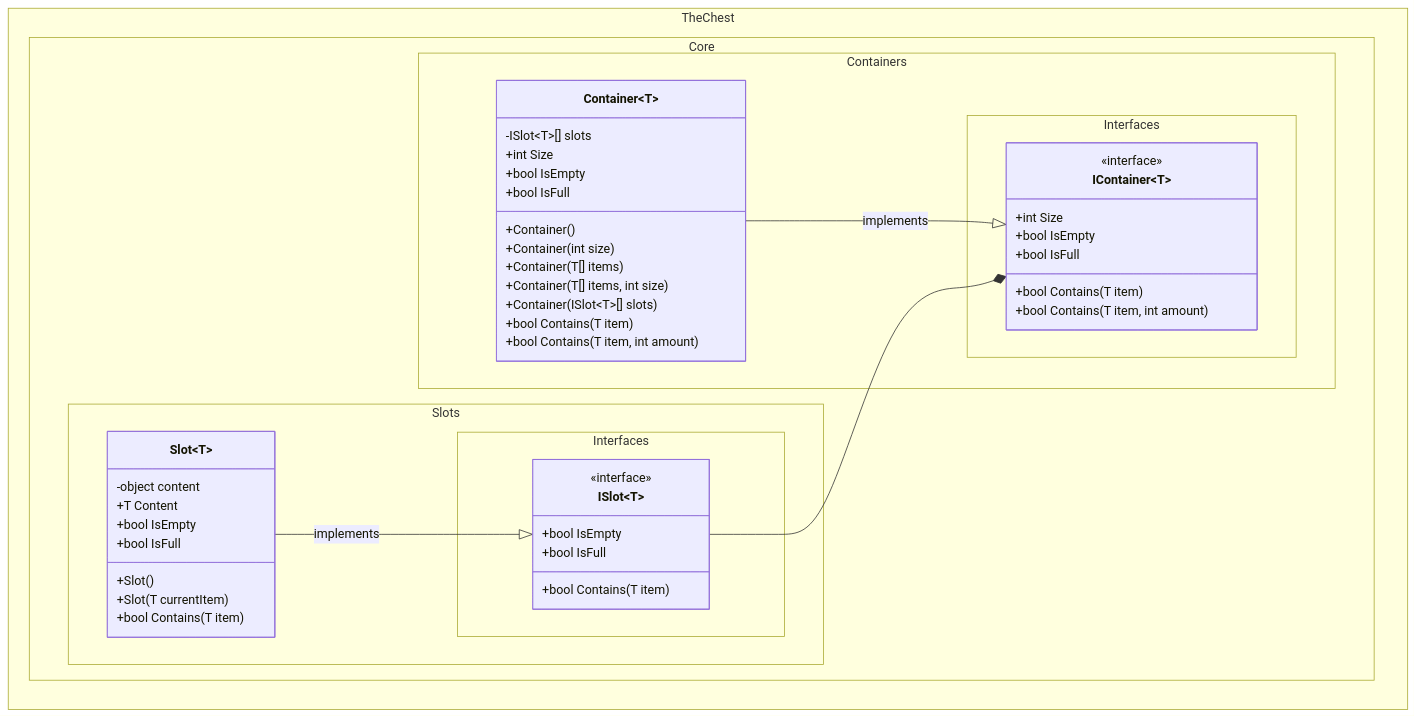
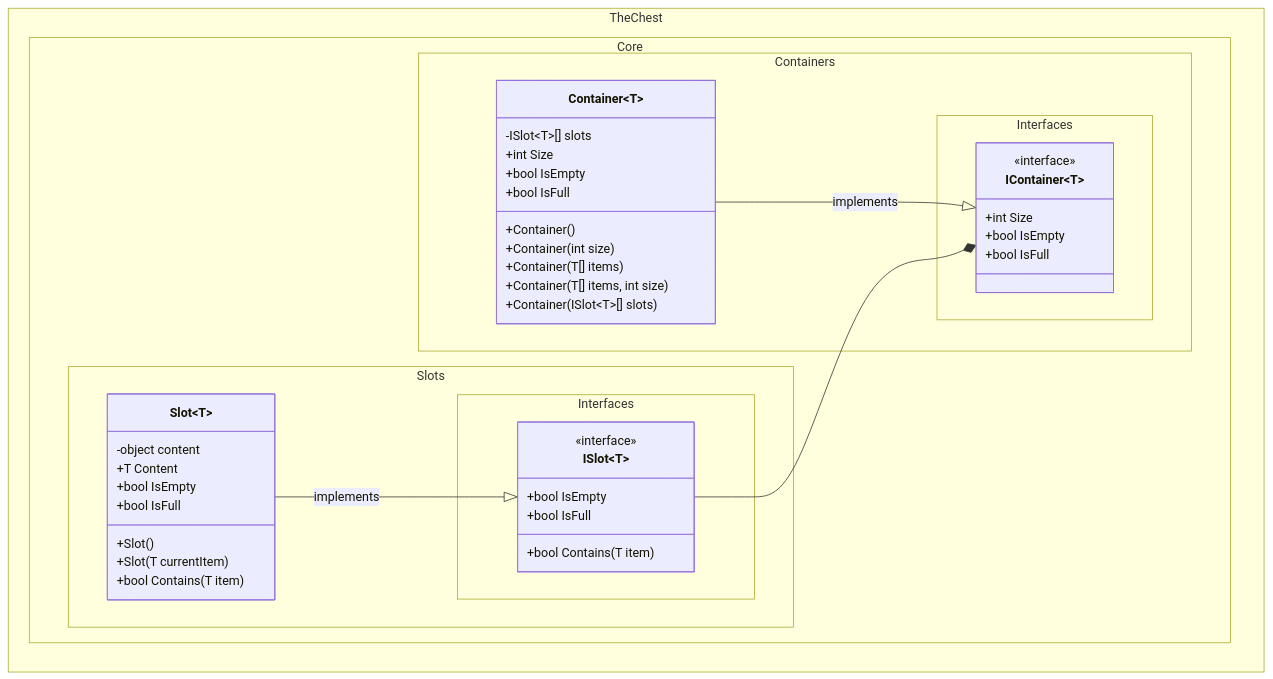
Before and after one commit to The-Chest/TheChest.Core: the first of 3 diagrams in docs/class_diagram.md, drawn with Mermaid. The commit also changed other lines of this file and 13 other files, not shown here.

````diff
--- a/docs/class_diagram.md
+++ b/docs/class_diagram.md
@@ -9,66 +9,62 @@
 ```mermaid
 ---
 config:
   theme: mc
   look: classic
   class:
     hideEmptyMembersBox: true
 ---
 classDiagram
 direction BT
 	namespace TheChest.Core.Containers.Interfaces {
         class IContainer~T~ {
 	        +int Size
 	        +bool IsEmpty
 	        +bool IsFull
-	        +bool Contains(T item)
-			+bool Contains(T item, int amount)
         }
 	}
 	namespace TheChest.Core.Slots.Interfaces {
         class ISlot~T~ {
 	        +bool IsEmpty
 	        +bool IsFull
 	        +bool Contains(T item)
         }
 	}
 	namespace TheChest.Core.Containers {
         class Container~T~ {
 			-ISlot~T~[] slots
 
 	        +int Size
 	        +bool IsEmpty
 	        +bool IsFull
 
 			+Container()
 			+Container(int size)
 			+Container(T[] items)
 			+Container(T[] items, int size)
 			+Container(ISlot~T~[] slots)
 
-	        +bool Contains(T item)
-			+bool Contains(T item, int amount)
         }
 	}
 	namespace TheChest.Core.Slots {
         class Slot~T~ {
 			-object content
 			+T Content
 
 			+Slot()
 			+Slot(T currentItem)
 
 			+bool IsEmpty
 			+bool IsFull
 
 			+bool Contains(T item)
         }
 	}
 
 	<<interface>> IContainer
 	<<interface>> ISlot
 
     Container --|> IContainer : implements
     ISlot --* IContainer
     Slot --|> ISlot : implements
 ```
````
